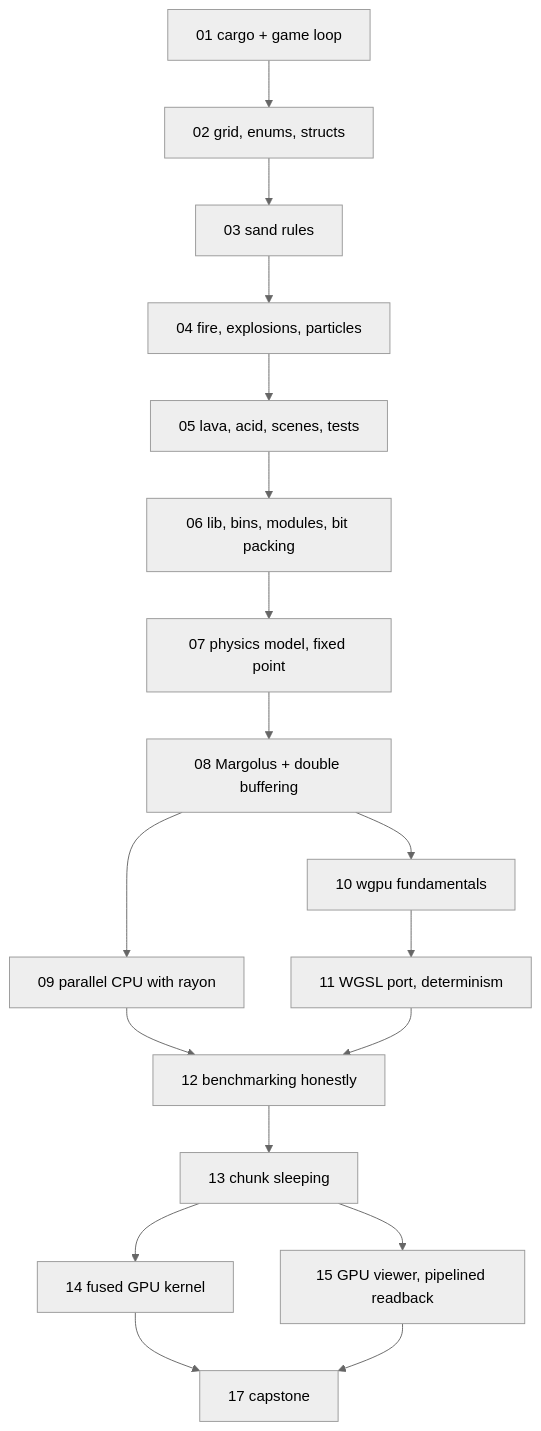
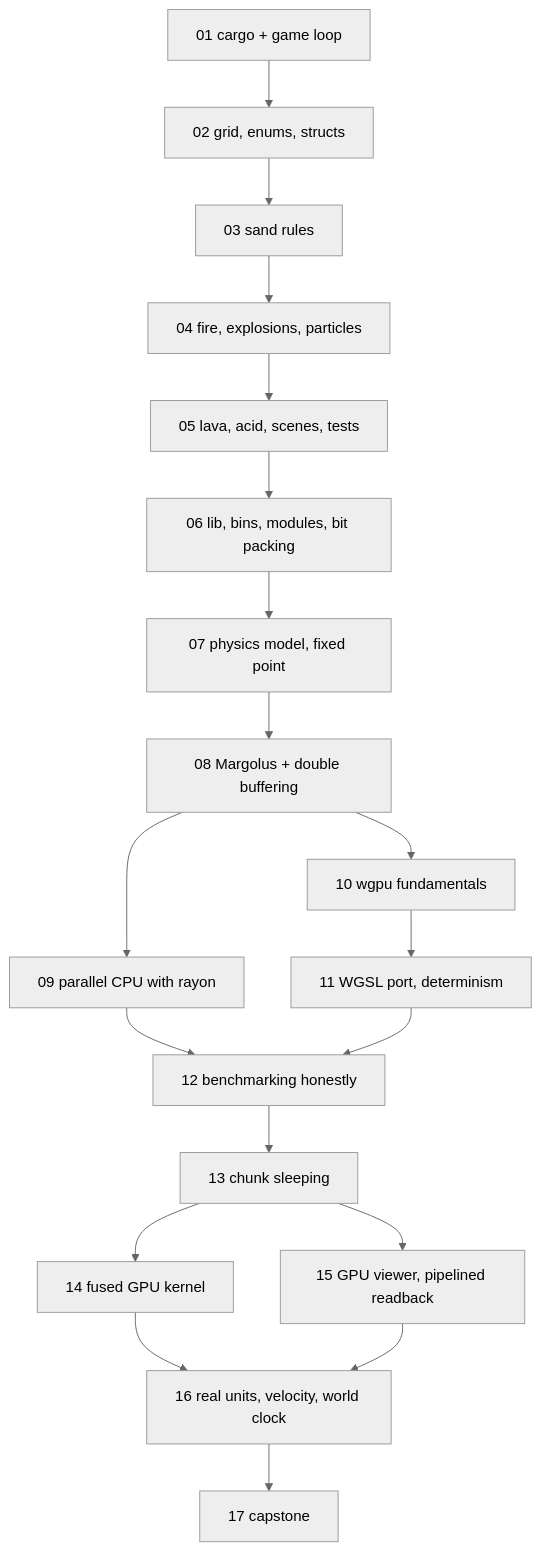
Before and after one commit to anujbarve/falling-sand-rust: the first of 2 diagrams in docs/lessons/00-index.md, drawn with Mermaid (neutral theme). The commit also changed other lines of this file and 8 other files, not shown here.

First line of the commit message:
docs: lesson 16 (real units, velocity, world clock) and updates for later commits

````diff
--- a/docs/lessons/00-index.md
+++ b/docs/lessons/00-index.md
@@ -115,20 +124,21 @@
 ```mermaid
 graph TD
   L01[01 cargo + game loop] --> L02[02 grid, enums, structs]
   L02 --> L03[03 sand rules]
   L03 --> L04[04 fire, explosions, particles]
   L04 --> L05[05 lava, acid, scenes, tests]
   L05 --> L06[06 lib, bins, modules, bit packing]
   L06 --> L07[07 physics model, fixed point]
   L07 --> L08[08 Margolus + double buffering]
   L08 --> L09[09 parallel CPU with rayon]
   L08 --> L10[10 wgpu fundamentals]
   L10 --> L11[11 WGSL port, determinism]
   L09 --> L12[12 benchmarking honestly]
   L11 --> L12
   L12 --> L13[13 chunk sleeping]
   L13 --> L14[14 fused GPU kernel]
   L13 --> L15[15 GPU viewer, pipelined readback]
-  L14 --> L17[17 capstone]
-  L15 --> L17
+  L14 --> L16[16 real units, velocity, world clock]
+  L15 --> L16
+  L16 --> L17[17 capstone]
 ```
````
